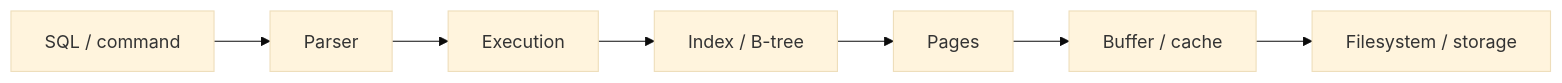
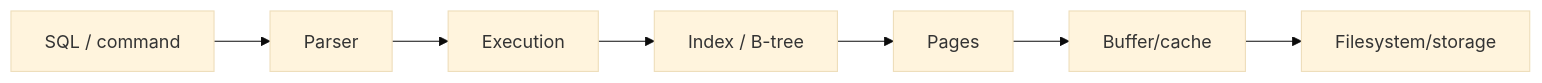
The fifth of 6 diagrams in SYSTEMS_ENGINEERING_ROADMAP.md (Ramzes8981/project-based-learning), drawn with Mermaid (base theme) before and after one commit. The commit also changed other lines of this file, not shown here.

Commit message:
refactor roadmap around incremental projects and CS core

````diff
--- a/SYSTEMS_ENGINEERING_ROADMAP.md
+++ b/SYSTEMS_ENGINEERING_ROADMAP.md
@@ -624,9 +951,9 @@
 ```mermaid
 flowchart LR
-    SQL[SQL / command] --> PARSE[Parser]
+    CMD[SQL / command] --> PARSE[Parser]
     PARSE --> EXEC[Execution]
     EXEC --> IDX[Index / B-tree]
     IDX --> PAGE[Pages]
-    PAGE --> CACHE[Buffer / cache]
-    CACHE --> STORAGE[Filesystem / storage]
+    PAGE --> CACHE[Buffer/cache]
+    CACHE --> STORAGE[Filesystem/storage]
 ```
````
